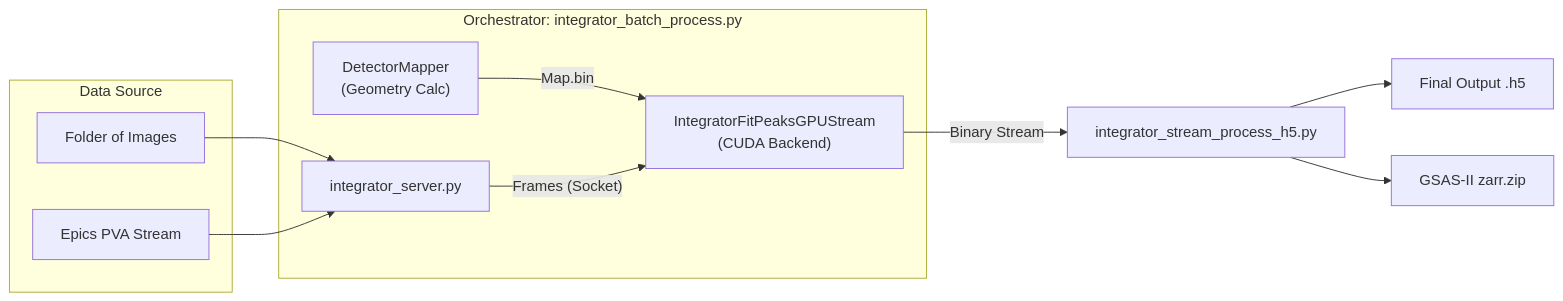
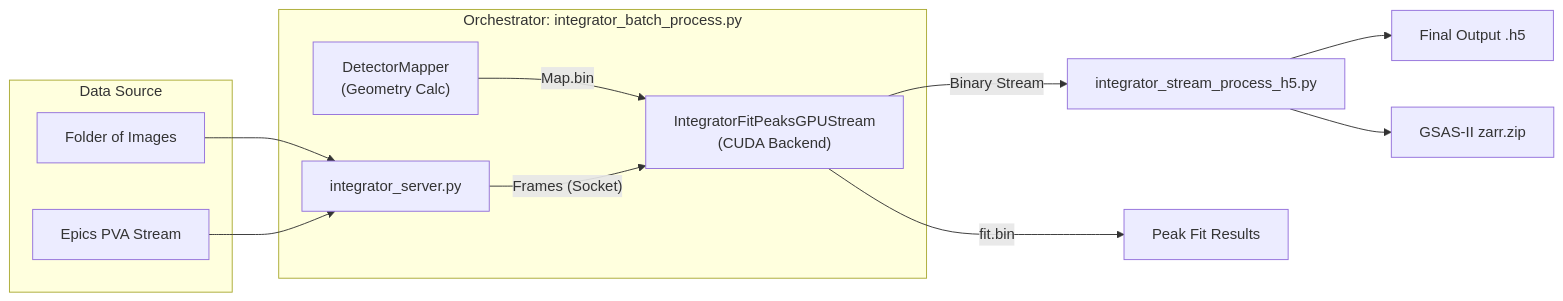
Before and after one commit to marinerhemant/MIDAS: the first of 3 diagrams in manuals/FF_RadialIntegration.md, drawn with Mermaid. The commit also changed other lines of this file, not shown here.

Commit message:
Document 1D peak fitting pipeline in FF_RadialIntegration manual

````diff
--- a/manuals/FF_RadialIntegration.md
+++ b/manuals/FF_RadialIntegration.md
@@ -31,21 +31,22 @@
 ```mermaid
 graph LR
     subgraph "Data Source"
         Files[Folder of Images]
         Stream[Epics PVA Stream]
     end
     
     subgraph "Orchestrator: integrator_batch_process.py"
         Server[integrator_server.py]
         GPU["IntegratorFitPeaksGPUStream<br>(CUDA Backend)"]
         Mapper["DetectorMapper<br>(Geometry Calc)"]
     end
     
     Files --> Server
     Stream --> Server
     Mapper -->|"Map.bin"| GPU
     Server -->|"Frames (Socket)"| GPU
     GPU -->|"Binary Stream"| Post["integrator_stream_process_h5.py"]
+    GPU -->|"fit.bin"| Fit["Peak Fit Results"]
     Post --> Final["Final Output .h5"]
     Post --> Zarr["GSAS-II zarr.zip"]
 ```
````
